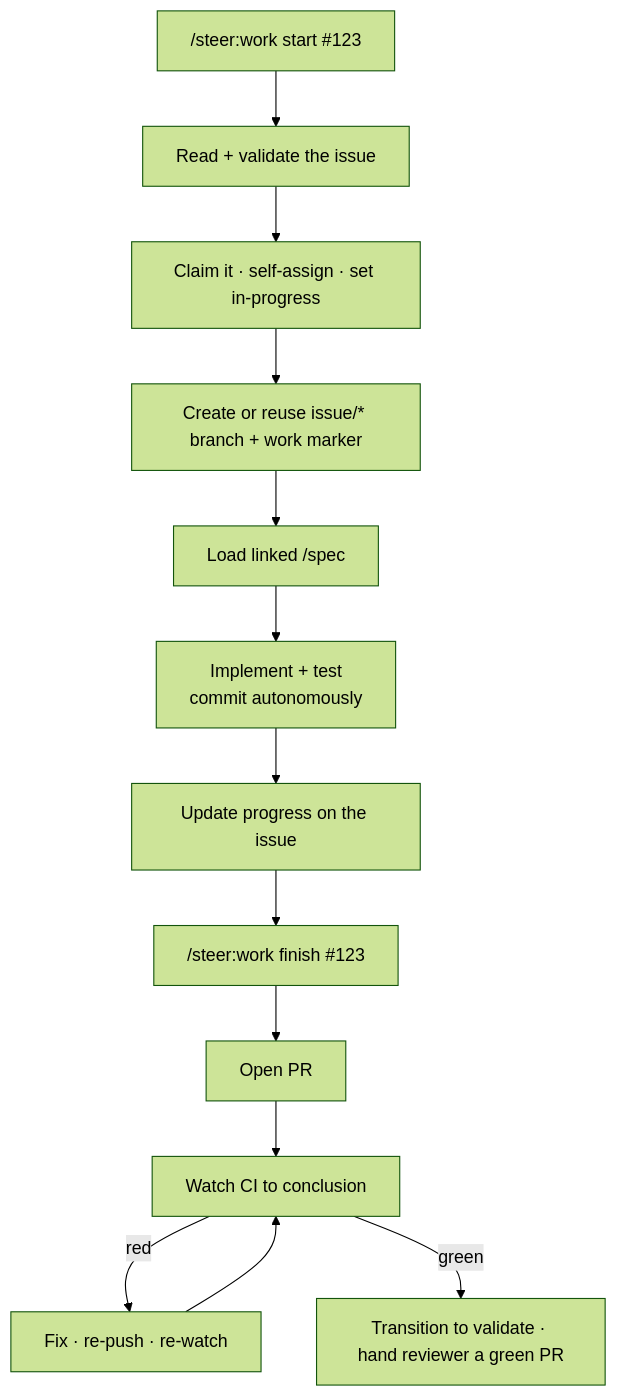
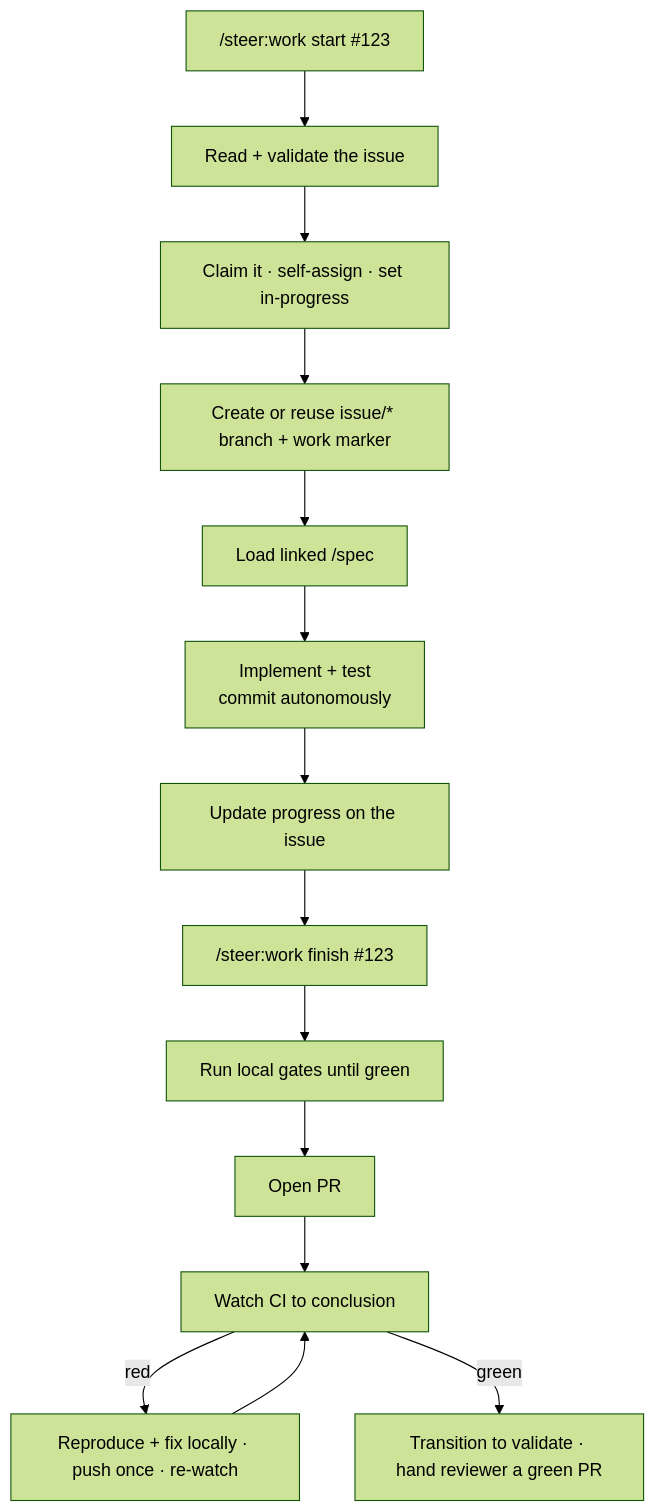
The diagram in docs/workflows/work.md (element22llc/e22-plugins), drawn with Mermaid (forest theme) before and after one commit. The commit also changed other lines of this file and 9 other files, not shown here.

First line of the commit message:
fix(skills): run local gates before pushing in /steer:work

````diff
--- a/docs/workflows/work.md
+++ b/docs/workflows/work.md
@@ -37,15 +37,16 @@
 ```mermaid
 flowchart TD
     START["/steer:work start #123"] --> VALIDATE[Read + validate the issue]
     VALIDATE --> CLAIM[Claim it · self-assign · set in-progress]
     CLAIM --> BRANCH[Create or reuse issue/* branch + work marker]
     BRANCH --> SPEC[Load linked /spec]
     SPEC --> IMPL[Implement + test<br/>commit autonomously]
     IMPL --> PROGRESS[Update progress on the issue]
     PROGRESS --> FINISH["/steer:work finish #123"]
-    FINISH --> PR[Open PR]
+    FINISH --> GATES[Run local gates until green]
+    GATES --> PR[Open PR]
     PR --> WATCH[Watch CI to conclusion]
-    WATCH -->|red| FIX[Fix · re-push · re-watch]
+    WATCH -->|red| FIX[Reproduce + fix locally · push once · re-watch]
     FIX --> WATCH
     WATCH -->|green| STATE[Transition to validate · hand reviewer a green PR]
 ```
````
